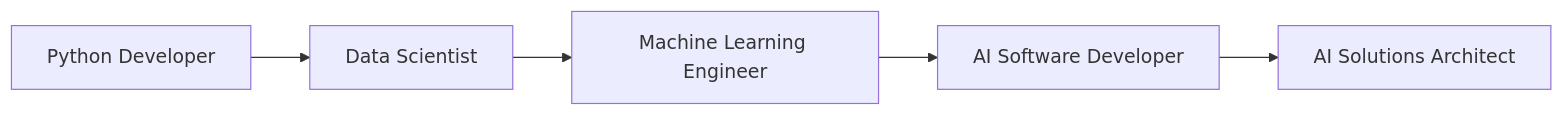
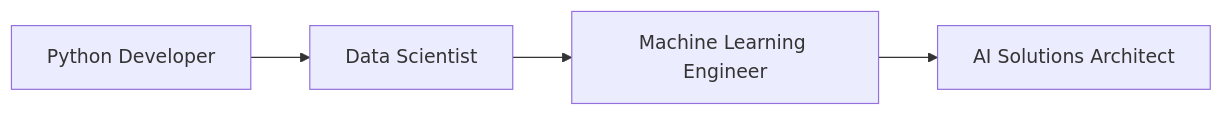
One commit to carcruz97/carcruz97 changed the diagram in README.md. Above: the diagram before and after it, drawn with Mermaid.

````diff
--- a/README.md
+++ b/README.md
@@ -48,8 +48,7 @@
 ```mermaid
 graph LR
 
     A[Python Developer] --> B[Data Scientist]
     B --> C[Machine Learning Engineer]
-    C --> D[AI Software Developer]
-    D --> E[AI Solutions Architect]
+    C --> D[AI Solutions Architect]
 ```
````
